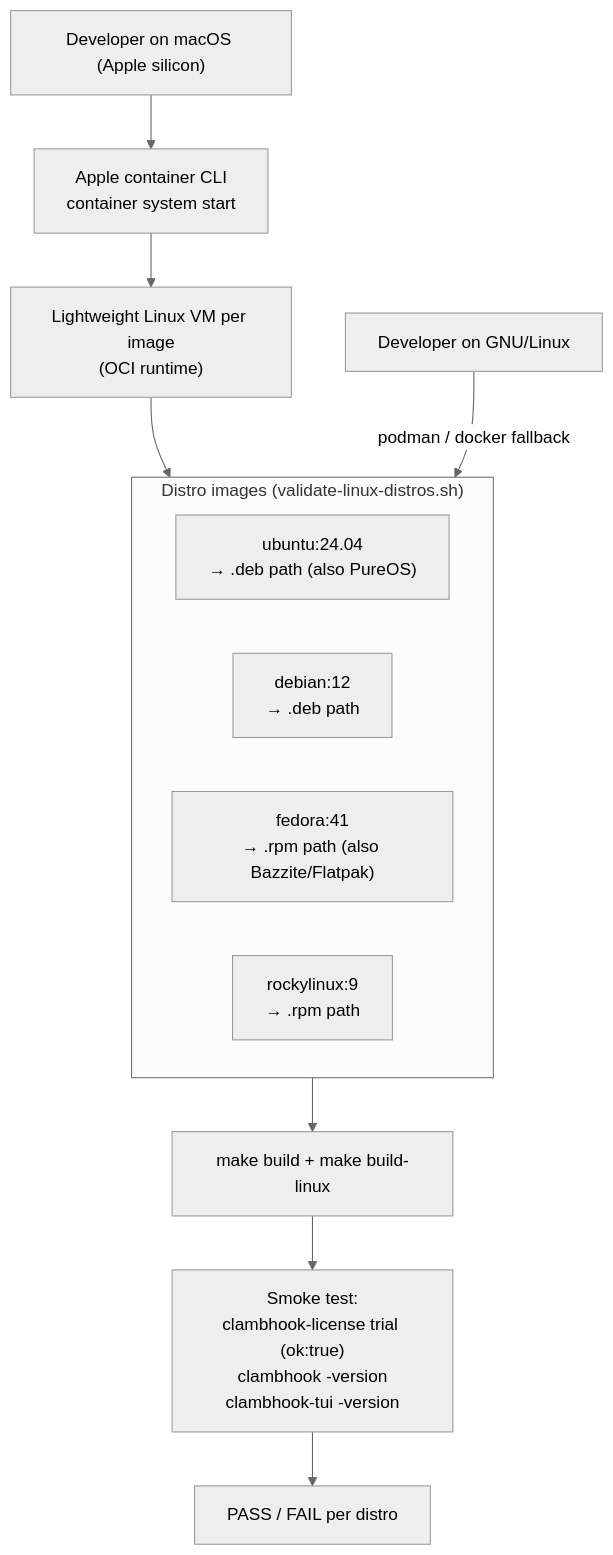
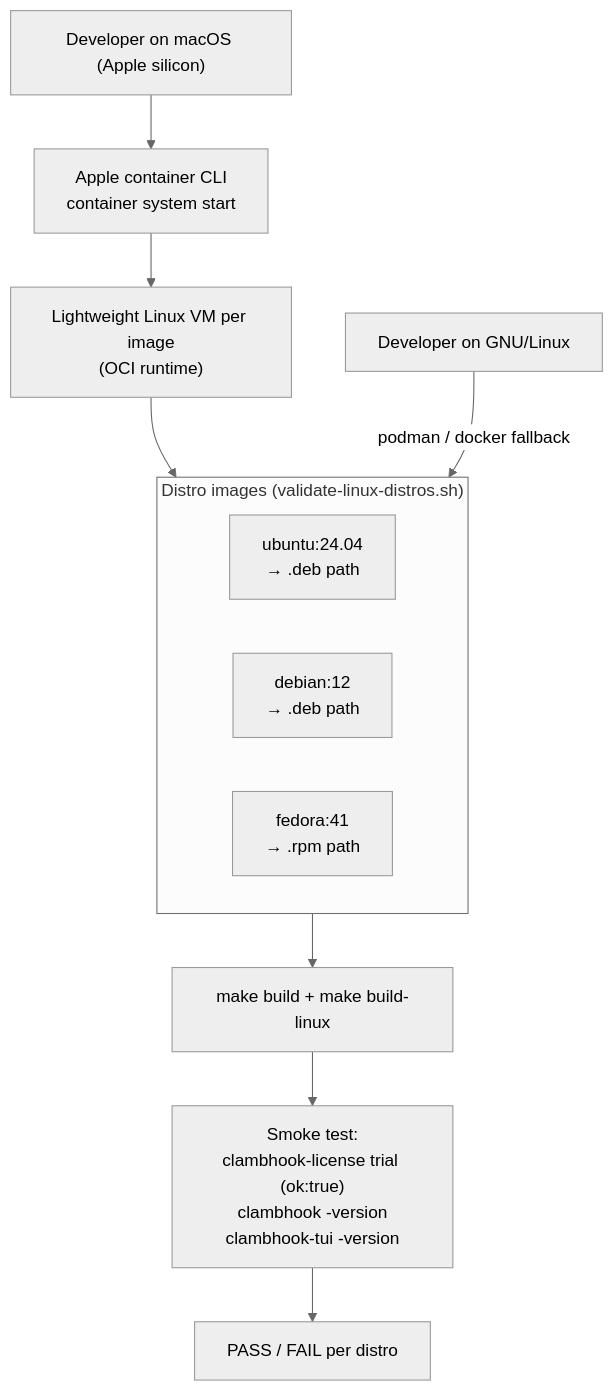
The diagram in packaging/README.md (JohnThre/clambhook), drawn with Mermaid (neutral theme) before and after one commit. The commit also changed other lines of this file and 28 other files, not shown here.

````diff
--- a/packaging/README.md
+++ b/packaging/README.md
@@ -68,16 +63,15 @@
 ```mermaid
 flowchart TD
     dev["Developer on macOS (Apple silicon)"] --> tool["Apple container CLI\ncontainer system start"]
     tool --> vm["Lightweight Linux VM per image\n(OCI runtime)"]
     subgraph distros["Distro images (validate-linux-distros.sh)"]
-        ubuntu["ubuntu:24.04\n→ .deb path (also PureOS)"]
+        ubuntu["ubuntu:24.04\n→ .deb path"]
         debian["debian:12\n→ .deb path"]
-        fedora["fedora:41\n→ .rpm path (also Bazzite/Flatpak)"]
-        rocky["rockylinux:9\n→ .rpm path"]
+        fedora["fedora:41\n→ .rpm path"]
     end
     vm --> distros
     distros --> build["make build + make build-linux"]
     build --> smoke["Smoke test:\nclambhook-license trial (ok:true)\nclambhook -version\nclambhook-tui -version"]
     smoke --> pass["PASS / FAIL per distro"]
     linux["Developer on GNU/Linux"] -->|"podman / docker fallback"| distros
 ```
````
